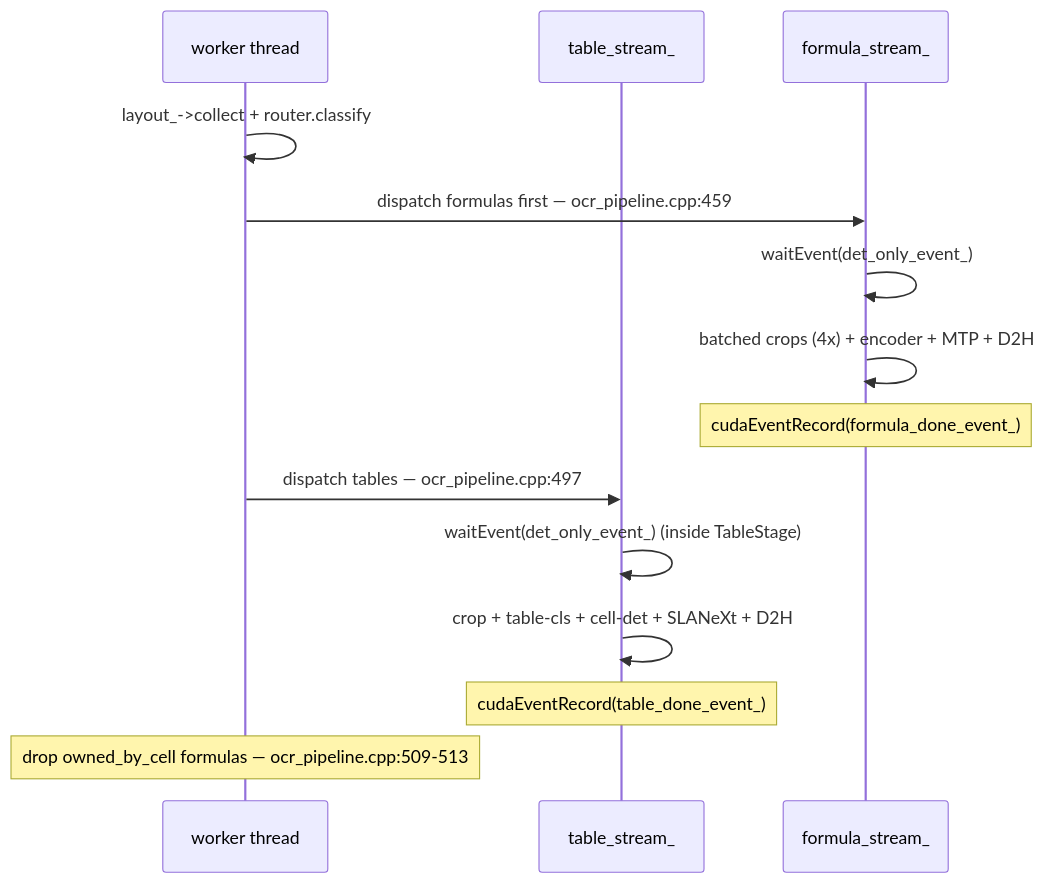
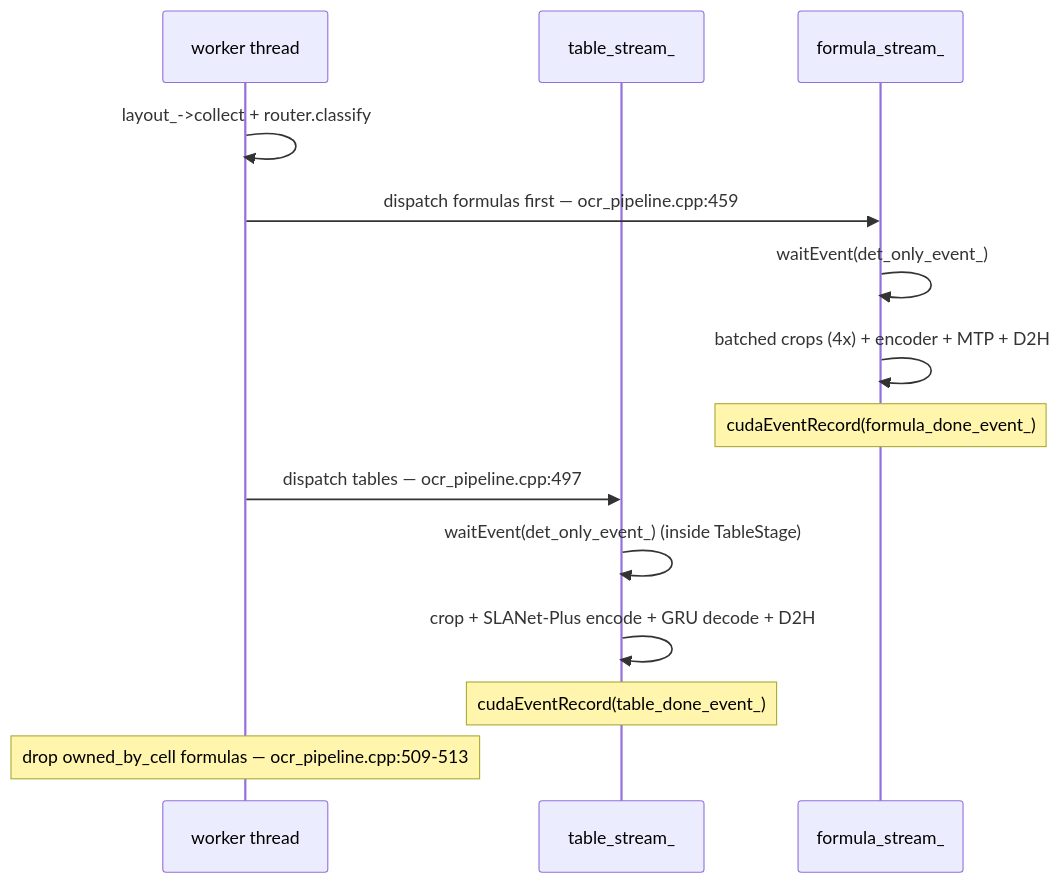
The fifth of 5 diagrams in docs/architecture/cuda-streams.md (CrazyForks/TurboOCR), drawn with Mermaid before and after one commit. The commit also changed other lines of this file and 5 other files, not shown here.

````diff
--- a/docs/architecture/cuda-streams.md
+++ b/docs/architecture/cuda-streams.md
@@ -196,17 +196,17 @@
 ```mermaid
 sequenceDiagram
   participant worker as worker thread
   participant table as table_stream_
   participant formula as formula_stream_
 
   worker->>worker: layout_->collect + router.classify
   worker->>formula: dispatch formulas first — ocr_pipeline.cpp:459
   formula->>formula: waitEvent(det_only_event_)
   formula->>formula: batched crops (4x) + encoder + MTP + D2H
   Note over formula: cudaEventRecord(formula_done_event_)
   worker->>table: dispatch tables — ocr_pipeline.cpp:497
   table->>table: waitEvent(det_only_event_) (inside TableStage)
-  table->>table: crop + table-cls + cell-det + SLANeXt + D2H
+  table->>table: crop + SLANet-Plus encode + GRU decode + D2H
   Note over table: cudaEventRecord(table_done_event_)
   Note over worker: drop owned_by_cell formulas — ocr_pipeline.cpp:509-513
 ```
````
